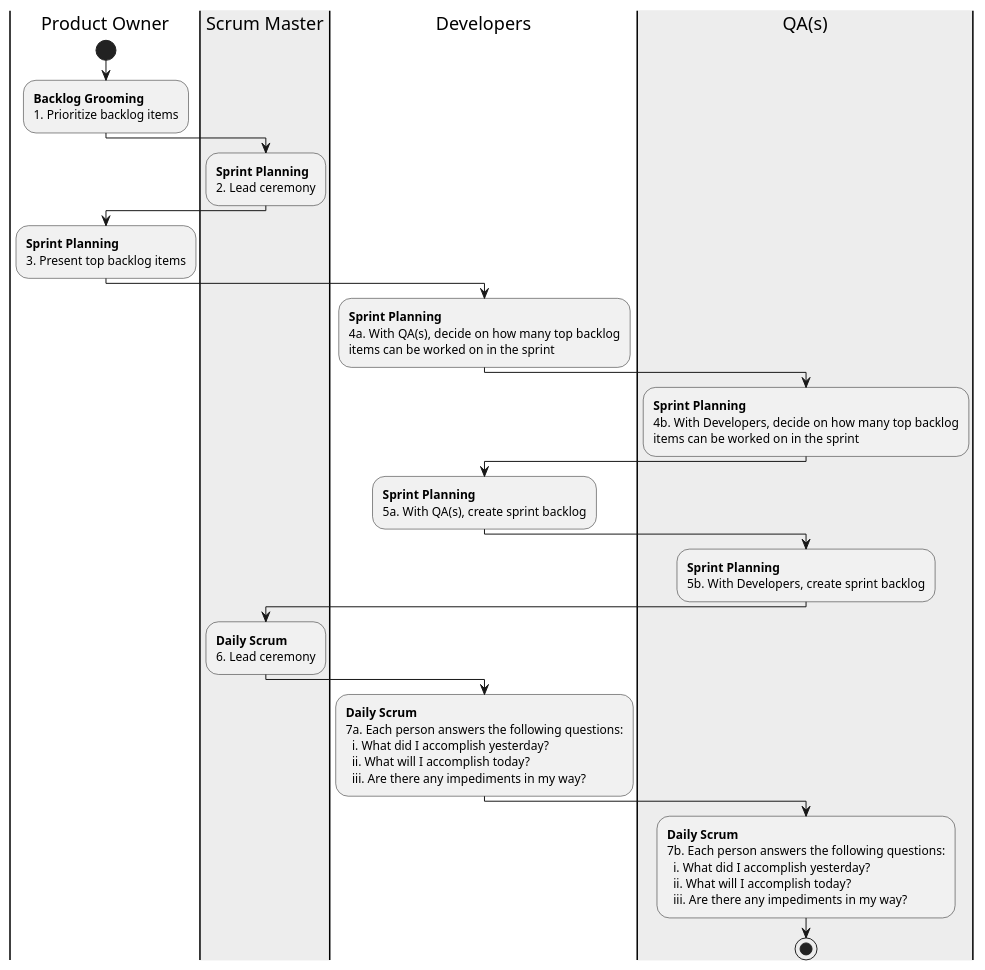
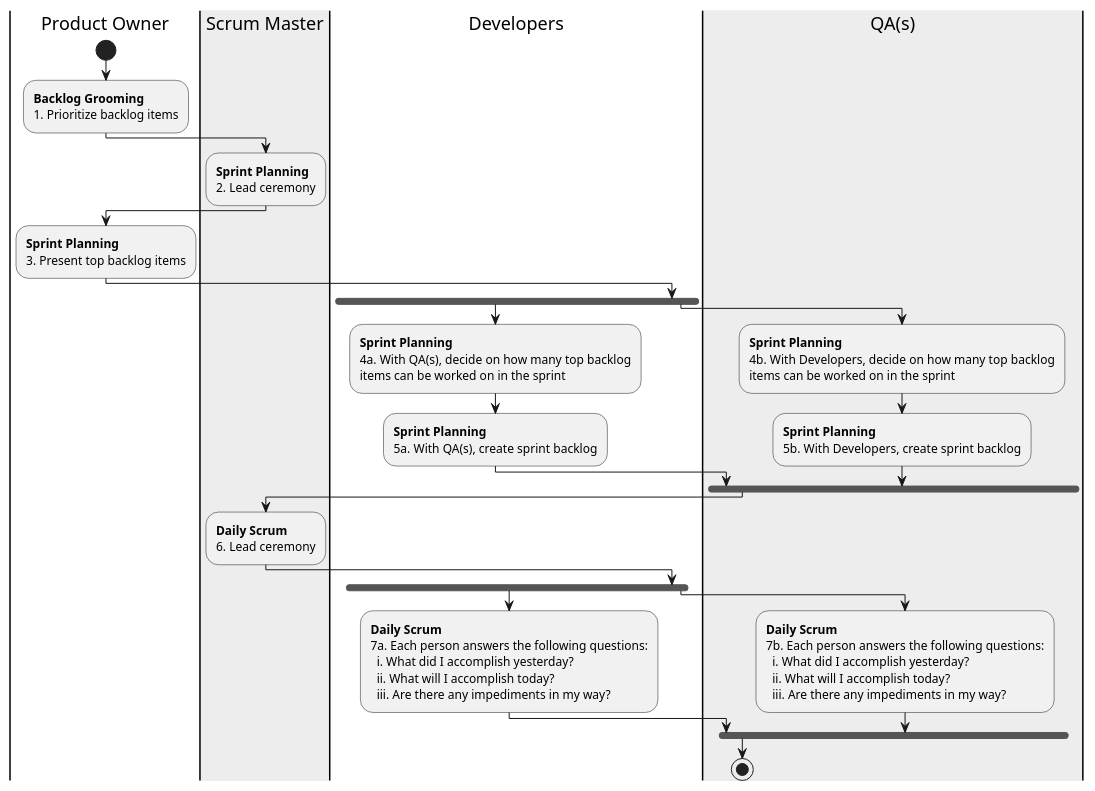
One commit to datchung/blog-posts changed the diagram in 2020/2020-05-29_Documenting a SDLC/RoleBasedSdlc.puml. Above: the diagram before and after it, drawn with PlantUML.

Commit message:
Add forks across swimlanes

```diff
--- a/2020/2020-05-29_Documenting a SDLC/RoleBasedSdlc.puml
+++ b/2020/2020-05-29_Documenting a SDLC/RoleBasedSdlc.puml
@@ -1,58 +1,70 @@
 @startuml RoleBasedSdlc
 
 skinparam monochrome true
 skinparam Shadowing false
 
 |Product Owner|
 start
 :**Backlog Grooming**
 1. Prioritize backlog items;
 
 |#AntiqueWhite|Scrum Master|
 :**Sprint Planning**
 2. Lead ceremony;
 
 |Product Owner|
 :**Sprint Planning**
 3. Present top backlog items;
 
+
 |Developers|
+fork
+
 :**Sprint Planning**
 4a. With QA(s), decide on how many top backlog
-items can be worked on in the sprint;
-
-|#AntiqueWhite|QA(s)|
-:**Sprint Planning**
-4b. With Developers, decide on how many top backlog
 items can be worked on in the sprint;
 
 |Developers|
 :**Sprint Planning**
 5a. With QA(s), create sprint backlog;
 
+|#AntiqueWhite|QA(s)|
+fork again
+
+:**Sprint Planning**
+4b. With Developers, decide on how many top backlog
+items can be worked on in the sprint;
+
 |QA(s)|
 :**Sprint Planning**
 5b. With Developers, create sprint backlog;
+
+end fork
 
 |Scrum Master|
 :**Daily Scrum**
 6. Lead ceremony;
 
 |Developers|
+fork
+
 :**Daily Scrum**
 7a. Each person answers the following questions:
   i. What did I accomplish yesterday?
   ii. What will I accomplish today?
   iii. Are there any impediments in my way?;
 
 |QA(s)|
+fork again
+
 :**Daily Scrum**
 7b. Each person answers the following questions:
   i. What did I accomplish yesterday?
   ii. What will I accomplish today?
   iii. Are there any impediments in my way?;
 
+end fork
 
 stop
 
 @enduml
```
